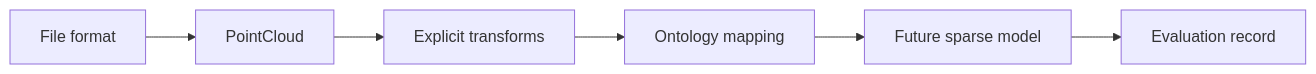
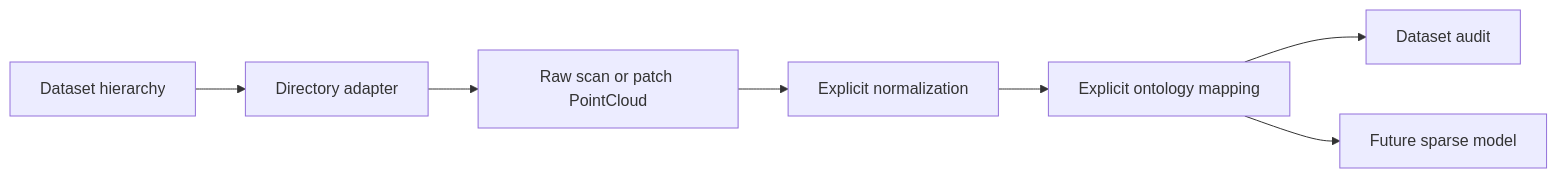
The diagram in docs/ARCHITECTURE.md (muhammadmahadazher/laserperception), drawn with Mermaid before and after one commit. The commit also changed other lines of this file and 8 other files, not shown here.

````diff
--- a/docs/ARCHITECTURE.md
+++ b/docs/ARCHITECTURE.md
@@ -6,8 +6,9 @@
 ```mermaid
 flowchart LR
-    A["File format"] --> B["PointCloud"]
-    B --> C["Explicit transforms"]
-    C --> D["Ontology mapping"]
-    D --> E["Future sparse model"]
-    E --> F["Evaluation record"]
+    A["Dataset hierarchy"] --> B["Directory adapter"]
+    B --> C["Raw scan or patch PointCloud"]
+    C --> D["Explicit normalization"]
+    D --> E["Explicit ontology mapping"]
+    E --> F["Dataset audit"]
+    E --> G["Future sparse model"]
 ```
````
